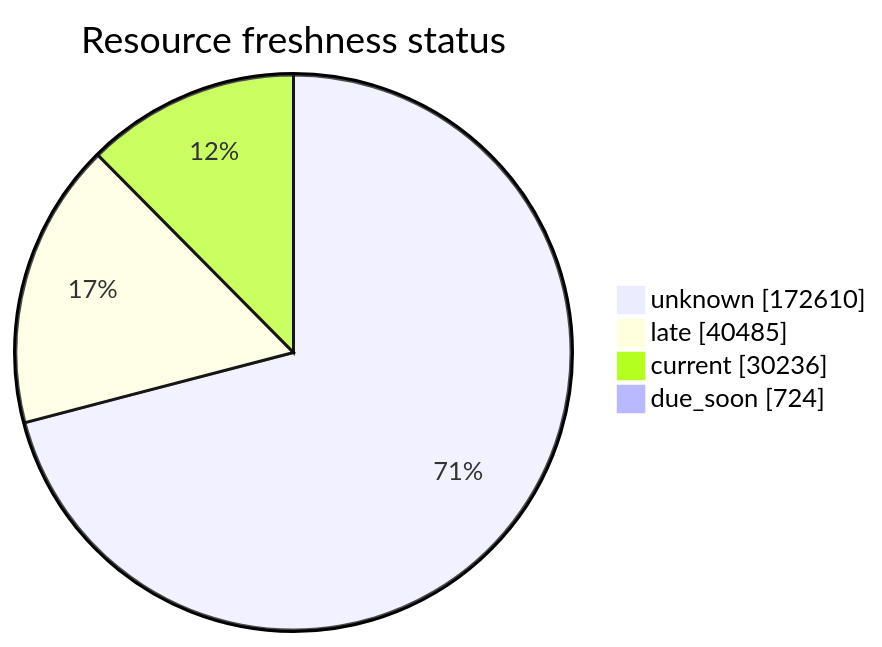
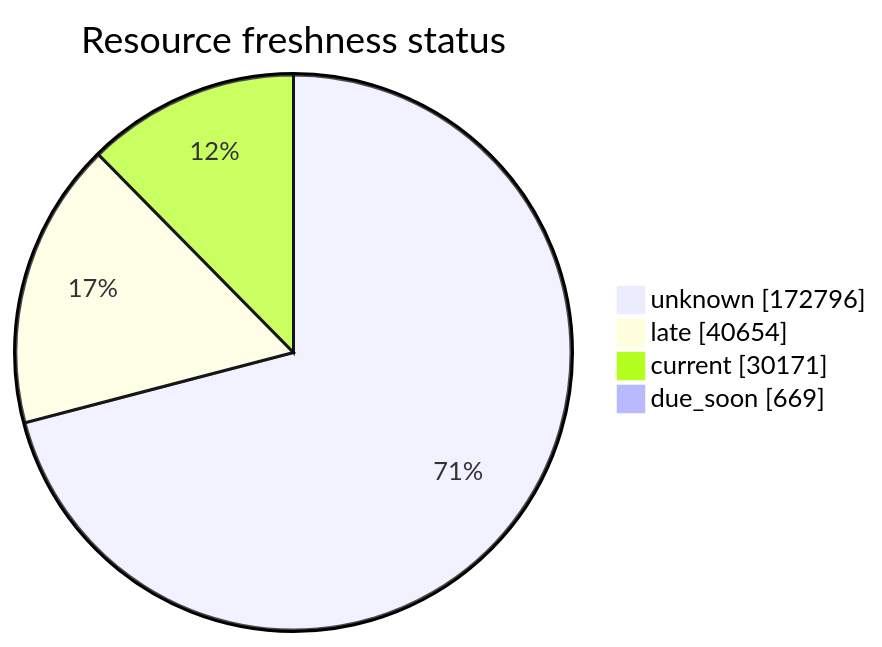
One commit to open-data/analytics-corporate-reporting changed the third of 5 diagrams in FreshCheck/README.md. Above: the diagram before and after it, drawn with Mermaid. The commit also changed other lines of this file and 3 other files, not shown here.

````diff
--- a/FreshCheck/README.md
+++ b/FreshCheck/README.md
@@ -78,7 +78,7 @@
 ```mermaid
 pie showData title Resource freshness status
-    "unknown": 172610
-    "late": 40485
-    "current": 30236
-    "due_soon": 724
+    "unknown": 172796
+    "late": 40654
+    "current": 30171
+    "due_soon": 669
 ```
````
